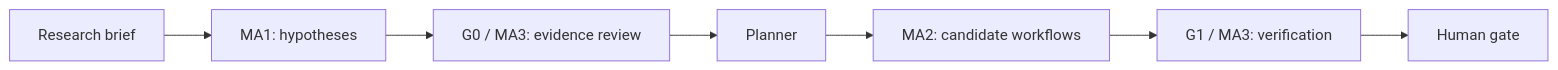
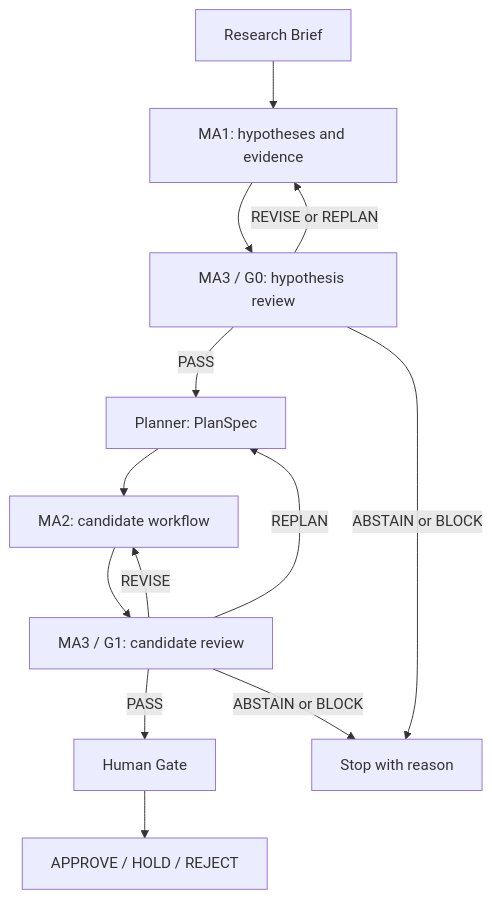
The diagram in README.md (CHOMINWOO1/DrugPilot), drawn with Mermaid before and after one commit. The commit also changed other lines of this file, not shown here.

Commit message:
Expand README with architecture, results and reproduction guidance

````diff
--- a/README.md
+++ b/README.md
@@ -7,9 +31,15 @@
 ```mermaid
-flowchart LR
-    A[Research brief] --> B[MA1: hypotheses]
-    B --> C[G0 / MA3: evidence review]
-    C --> D[Planner]
-    D --> E[MA2: candidate workflows]
-    E --> F[G1 / MA3: verification]
-    F --> G[Human gate]
+flowchart TD
+    A[Research Brief] --> B[MA1: hypotheses and evidence]
+    B --> C[MA3 / G0: hypothesis review]
+    C -->|PASS| D[Planner: PlanSpec]
+    C -->|REVISE or REPLAN| B
+    D --> E[MA2: candidate workflow]
+    E --> F[MA3 / G1: candidate review]
+    F -->|REVISE| E
+    F -->|REPLAN| D
+    F -->|PASS| G[Human Gate]
+    C -->|ABSTAIN or BLOCK| H[Stop with reason]
+    F -->|ABSTAIN or BLOCK| H
+    G --> I[APPROVE / HOLD / REJECT]
 ```
````
